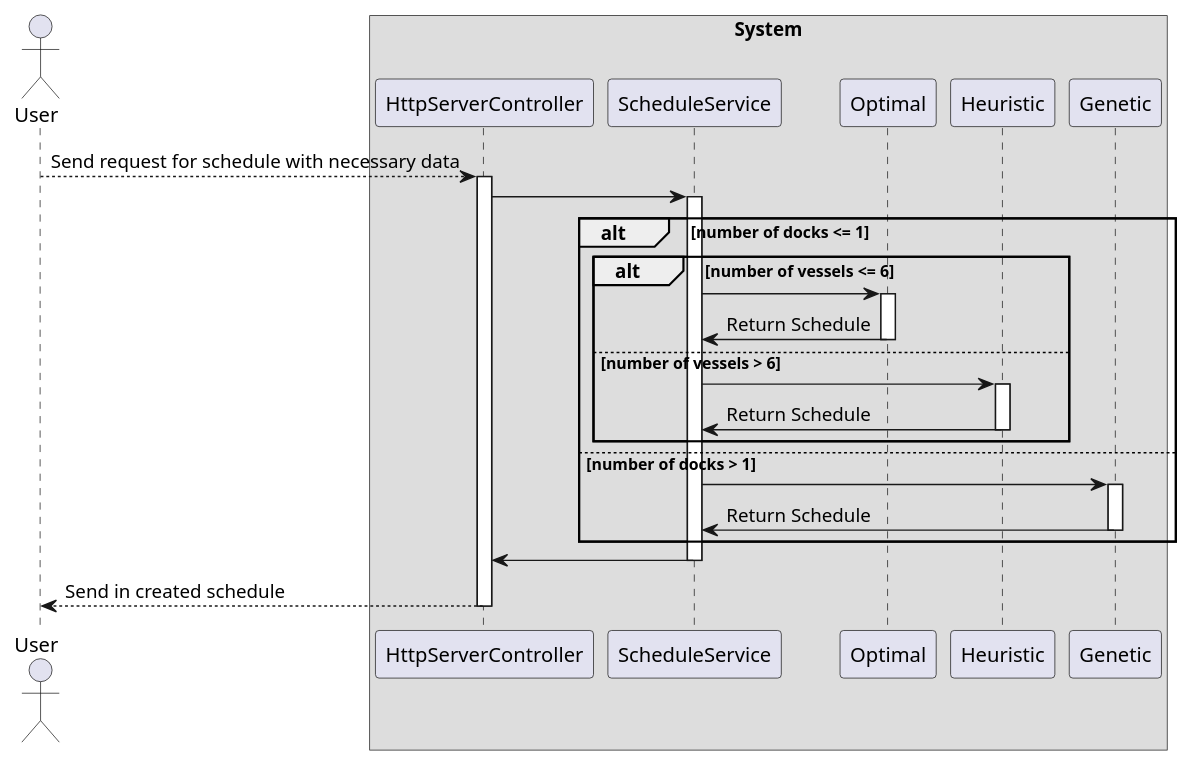
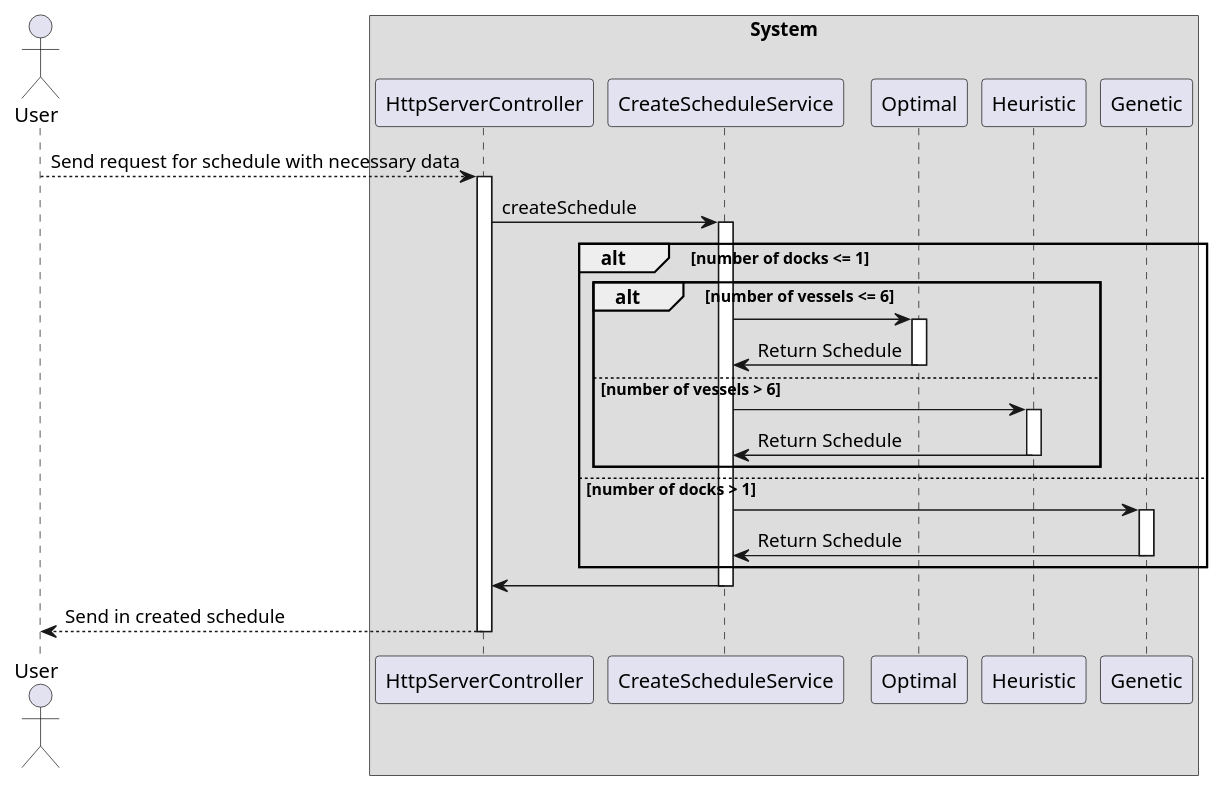
Before and after one commit to crodrigos/IARTI-2425: the diagram in docs/AlgorithmSelection.sd.puml, drawn with PlantUML. The commit also changed 43 other files, not shown here.

```diff
--- a/docs/AlgorithmSelection.sd.puml
+++ b/docs/AlgorithmSelection.sd.puml
@@ -1,55 +1,55 @@
 @startuml AlgorithmSelection_SD
 
 actor user as "User"
 
 box "System"
 participant http as "HttpServerController"
-participant schService as "ScheduleService"
+participant schService as "CreateScheduleService"
 participant Optimal
 participant Heuristic
 participant Genetic
 end box
 
 
 user --> http : Send request for schedule with necessary data
 activate http
 
-http -> schService
+http -> schService : createSchedule
 activate schService
 
 alt number of docks <= 1
 
     alt number of vessels <= 6
 
         schService -> Optimal
         activate Optimal
         Optimal -> schService : Return Schedule
         deactivate Optimal
 
     else number of vessels > 6
 
         schService -> Heuristic
         activate Heuristic
         Heuristic -> schService : Return Schedule
         deactivate Heuristic
 
     end
 
 else number of docks > 1
 
     schService -> Genetic 
     activate Genetic
     Genetic -> schService : Return Schedule
     deactivate Genetic
 
 end
 
 
 schService -> http
 deactivate schService
 
 http --> user : Send in created schedule
 deactivate http
 
 
 @enduml
```
